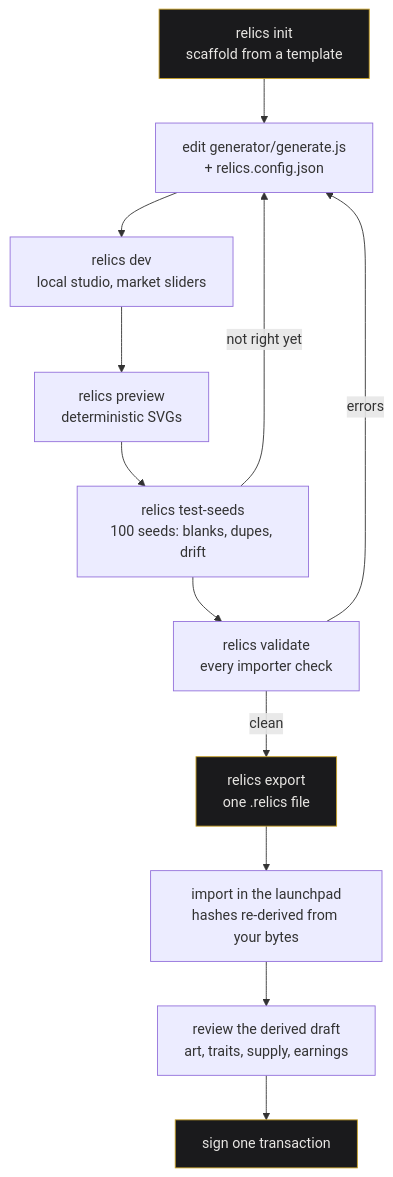
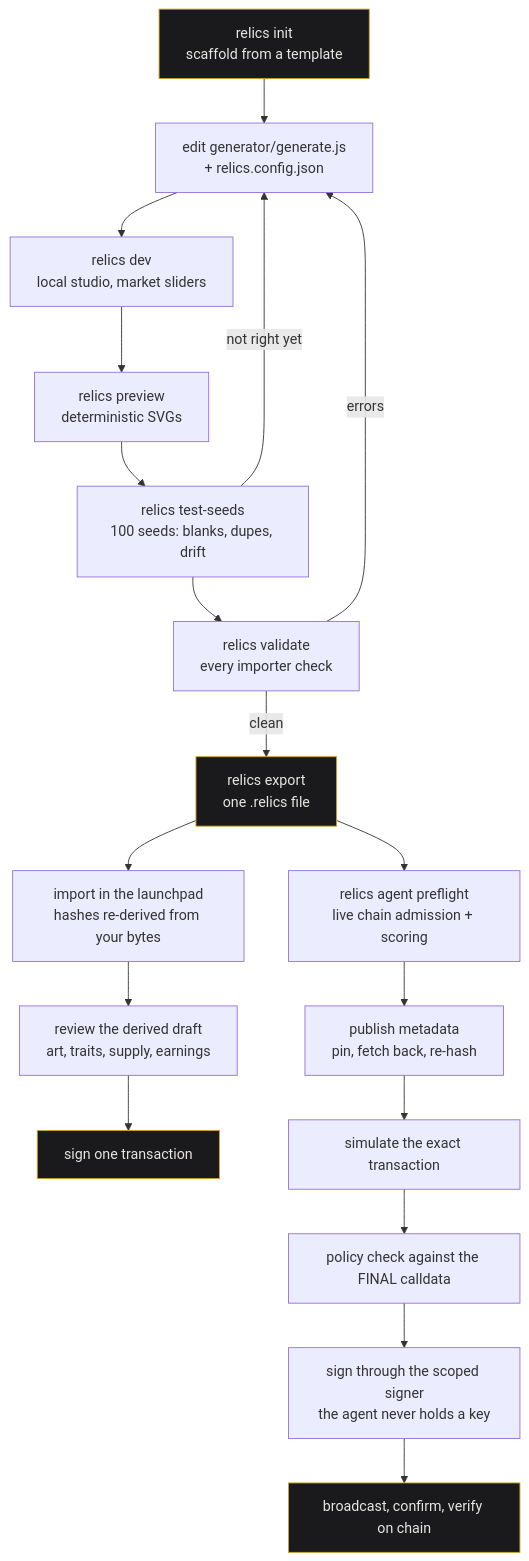
Before and after one commit to MeltedMindz/relicsv4: the diagram in README.md, drawn with Mermaid. The commit also changed other lines of this file and 7 other files, not shown here.

````diff
--- a/README.md
+++ b/README.md
@@ -191,18 +229,26 @@
 ```mermaid
 flowchart TD
     A["relics init<br/>scaffold from a template"] --> B["edit generator/generate.js<br/>+ relics.config.json"]
     B --> C["relics dev<br/>local studio, market sliders"]
     C --> D["relics preview<br/>deterministic SVGs"]
     D --> E["relics test-seeds<br/>100 seeds: blanks, dupes, drift"]
     E -->|not right yet| B
     E --> F["relics validate<br/>every importer check"]
     F -->|errors| B
     F -->|clean| G["relics export<br/>one .relics file"]
     G --> H["import in the launchpad<br/>hashes re-derived from your bytes"]
     H --> I["review the derived draft<br/>art, traits, supply, earnings"]
     I --> J["sign one transaction"]
 
+    G --> K["relics agent preflight<br/>live chain admission + scoring"]
+    K --> L["publish metadata<br/>pin, fetch back, re-hash"]
+    L --> M["simulate the exact transaction"]
+    M --> N["policy check against the FINAL calldata"]
+    N --> O["sign through the scoped signer<br/>the agent never holds a key"]
+    O --> P["broadcast, confirm, verify on chain"]
+
     style A fill:#1a1a1c,stroke:#c9a227,color:#e8e6e3
     style G fill:#1a1a1c,stroke:#c9a227,color:#e8e6e3
     style J fill:#1a1a1c,stroke:#c9a227,color:#e8e6e3
+    style P fill:#1a1a1c,stroke:#c9a227,color:#e8e6e3
 ```
````
